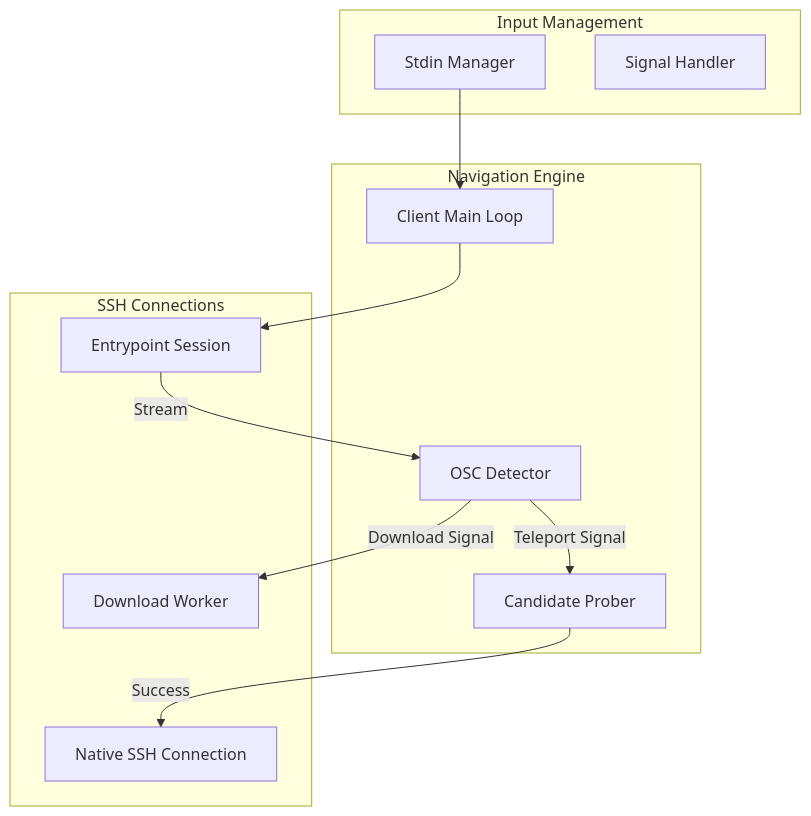
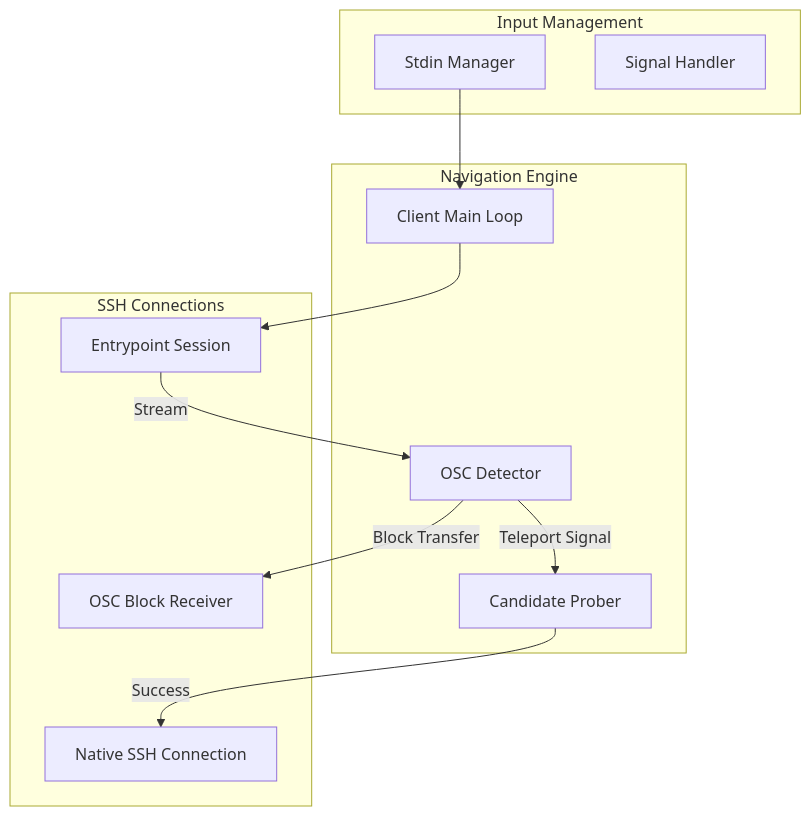
One commit to mevdschee/underground-node-network changed the diagram in docs/architecture/client.md. Above: the diagram before and after it, drawn with Mermaid. The commit also changed other lines of this file and 31 other files, not shown here.

````diff
--- a/docs/architecture/client.md
+++ b/docs/architecture/client.md
@@ -7,26 +7,26 @@
 ```mermaid
 graph TD
     subgraph "Input Management"
         StdinMgr[Stdin Manager]
         Signals[Signal Handler]
     end
 
     subgraph "Navigation Engine"
         Core[Client Main Loop]
         Detector[OSC Detector]
         Prober[Candidate Prober]
     end
 
     subgraph "SSH Connections"
         EPConn[Entrypoint Session]
         RoomConn[Native SSH Connection]
-        DLR[Download Worker]
+        BlockReceiver[OSC Block Receiver]
     end
 
     StdinMgr --> Core
     Core --> EPConn
     EPConn -- "Stream" --> Detector
     Detector -- "Teleport Signal" --> Prober
     Prober -- "Success" --> RoomConn
-    Detector -- "Download Signal" --> DLR
+    Detector -- "Block Transfer" --> BlockReceiver
 ```
````
